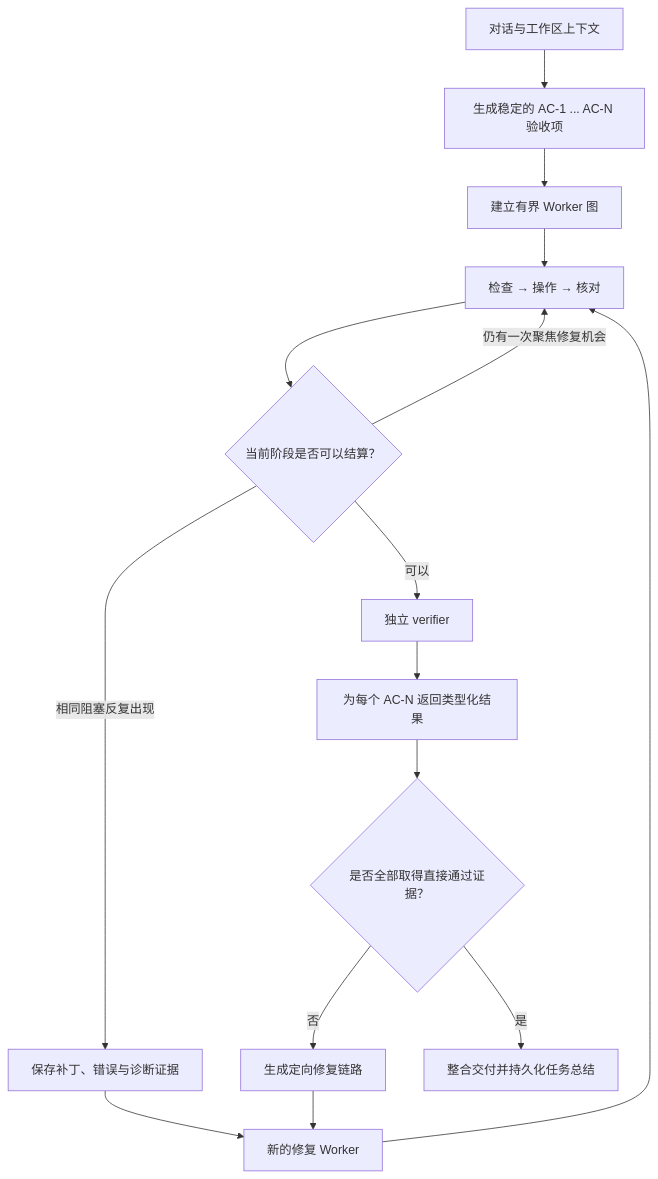
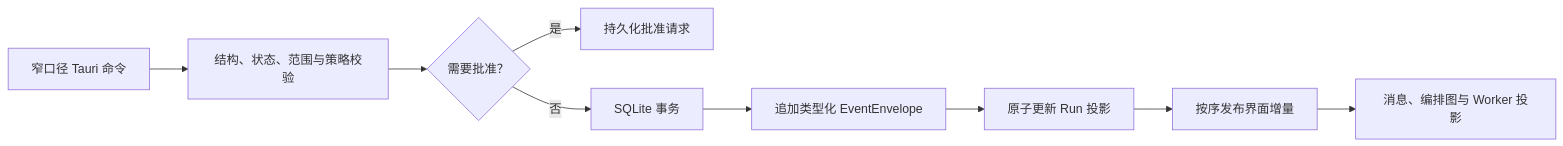
Before and after one commit to cb8010d6/LunaScope: the second of 4 diagrams in README.zh-CN.md, drawn with Mermaid. The commit also changed other lines of this file and 68 other files, not shown here.

````diff
--- a/README.zh-CN.md
+++ b/README.zh-CN.md
@@ -79,19 +75,11 @@
 ```mermaid
-flowchart TD
-    A["对话与工作区上下文"] --> B["生成稳定的 AC-1 ... AC-N 验收项"]
-    B --> C["建立有界 Worker 图"]
-    C --> D["检查 → 操作 → 核对"]
-    D --> E{"当前阶段是否可以结算？"}
-
-    E -->|"仍有一次聚焦修复机会"| D
-    E -->|"相同阻塞反复出现"| H["保存补丁、错误与诊断证据"]
-    H --> R["新的修复 Worker"]
-    R --> D
-
-    E -->|"可以"| V["独立 verifier"]
-    V --> L["为每个 AC-N 返回类型化结果"]
-    L --> G{"是否全部取得直接通过证据？"}
-    G -->|"否"| F["生成定向修复链路"]
-    F --> R
-    G -->|"是"| S["整合交付并持久化任务总结"]
+flowchart LR
+    C["窄口径 Tauri 命令"] --> P["结构、状态、范围与策略校验"]
+    P --> A{"需要批准？"}
+    A -->|"是"| Q["持久化批准请求"]
+    A -->|"否"| T["SQLite 事务"]
+    T --> E["追加类型化 EventEnvelope"]
+    E --> J["原子更新 Run 投影"]
+    J --> UI["按序发布界面增量"]
+    UI --> G["消息、编排图与 Worker 投影"]
 ```
````
